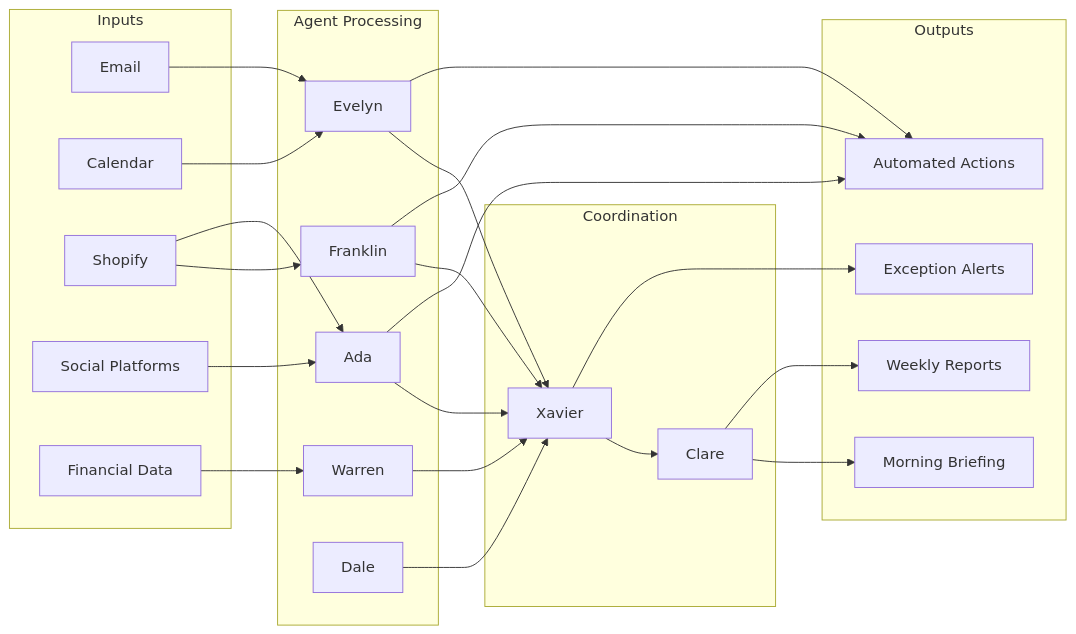
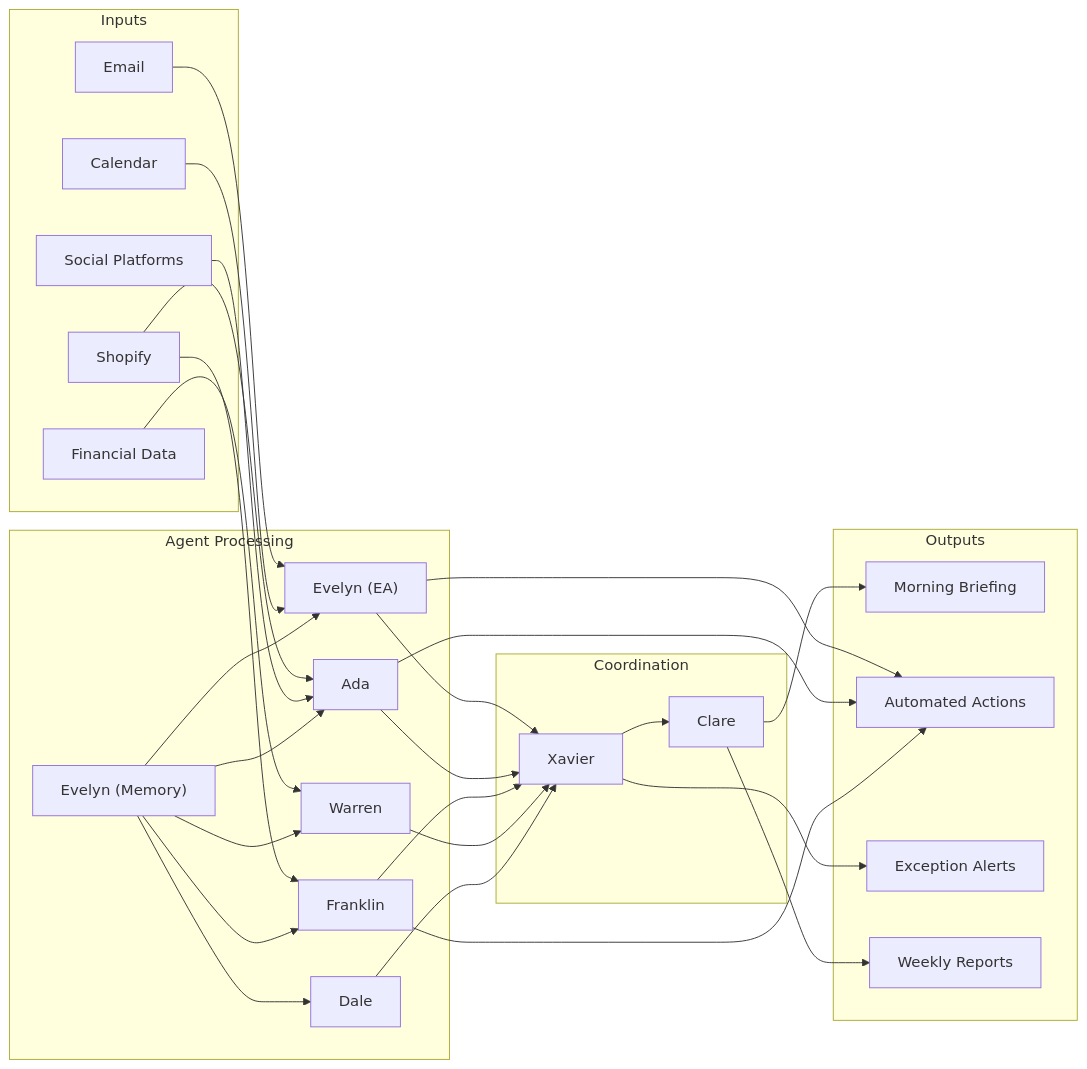
The third of 5 diagrams in org/ORG_CHART.md (JDKristenson/hivefind), drawn with Mermaid before and after one commit. The commit also changed other lines of this file and 30 other files, not shown here.

First line of the commit message:
refactor: migrate HiveFind to Notion-first architecture

````diff
--- a/org/ORG_CHART.md
+++ b/org/ORG_CHART.md
@@ -115,53 +117,59 @@
 ```mermaid
 flowchart LR
     subgraph Input["Inputs"]
         Email["Email"]
         Calendar["Calendar"]
         Shopify["Shopify"]
         Social["Social Platforms"]
         Financial["Financial Data"]
     end
 
     subgraph Agents["Agent Processing"]
-        Evelyn["Evelyn"]
+        Evelyn["Evelyn (EA)"]
+        Evelyn_Mem["Evelyn (Memory)"]
         Ada["Ada"]
         Franklin["Franklin"]
         Warren["Warren"]
         Dale["Dale"]
     end
 
     subgraph Coordination["Coordination"]
         Xavier["Xavier"]
         Clare["Clare"]
     end
 
     subgraph Output["Outputs"]
         Briefing["Morning Briefing"]
         Actions["Automated Actions"]
         Alerts["Exception Alerts"]
         Reports["Weekly Reports"]
     end
 
     Email --> Evelyn
     Calendar --> Evelyn
     Shopify --> Franklin
     Shopify --> Ada
     Social --> Ada
     Financial --> Warren
 
     Evelyn --> Xavier
+    Evelyn_Mem --> Evelyn
+    Evelyn_Mem --> Ada
+    Evelyn_Mem --> Franklin
+    Evelyn_Mem --> Warren
+    Evelyn_Mem --> Dale
     Ada --> Xavier
     Franklin --> Xavier
     Warren --> Xavier
     Dale --> Xavier
 
     Xavier --> Clare
     Clare --> Briefing
     Clare --> Reports
 
     Evelyn --> Actions
     Ada --> Actions
     Franklin --> Actions
 
     Xavier --> Alerts
 ```
````
